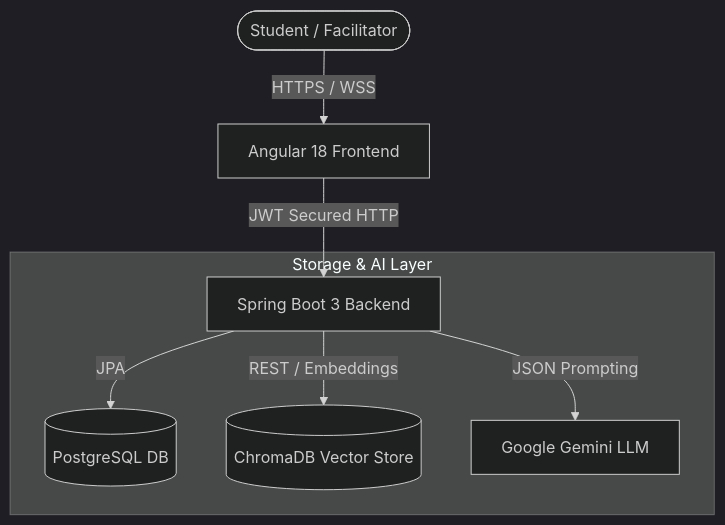
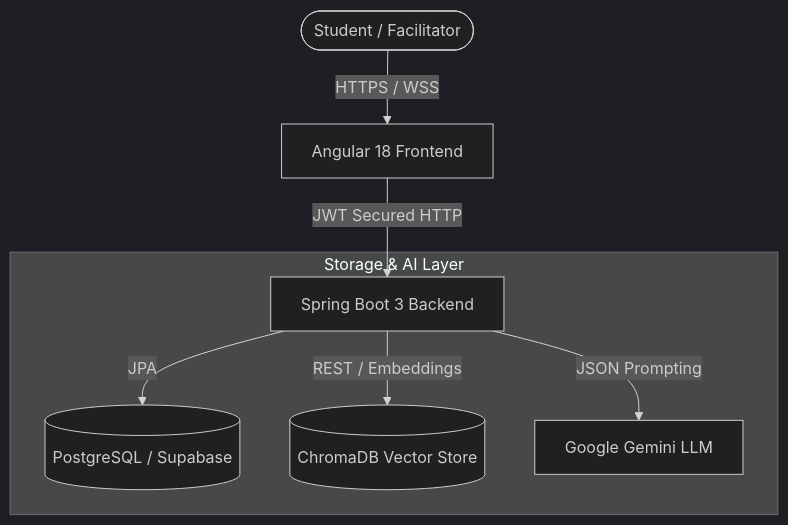
Before and after one commit to FahadS5534/Personalize-or-perish: the diagram in README.md, drawn with Mermaid (dark theme). The commit also changed other lines of this file and 9 other files, not shown here.

````diff
--- a/README.md
+++ b/README.md
@@ -31,11 +31,11 @@
 ```mermaid
 graph TD
     User([Student / Facilitator]) -->|HTTPS / WSS| Frontend[Angular 18 Frontend]
     Frontend -->|JWT Secured HTTP| Backend[Spring Boot 3 Backend]
     
     subgraph Storage & AI Layer
-        Backend -->|JPA| Postgres[(PostgreSQL DB)]
+        Backend -->|JPA| Postgres[(PostgreSQL / Supabase)]
         Backend -->|REST / Embeddings| VectorStore[(ChromaDB Vector Store)]
         Backend -->|JSON Prompting| Gemini[Google Gemini LLM]
     end
 ```
````
